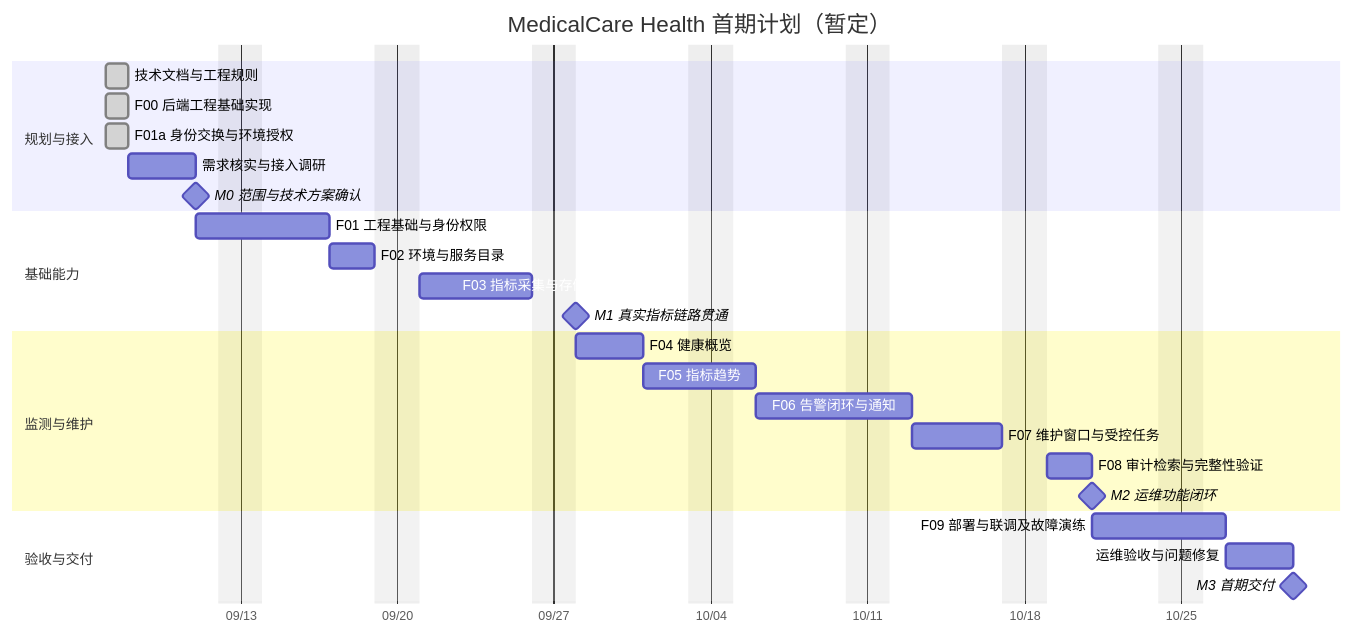
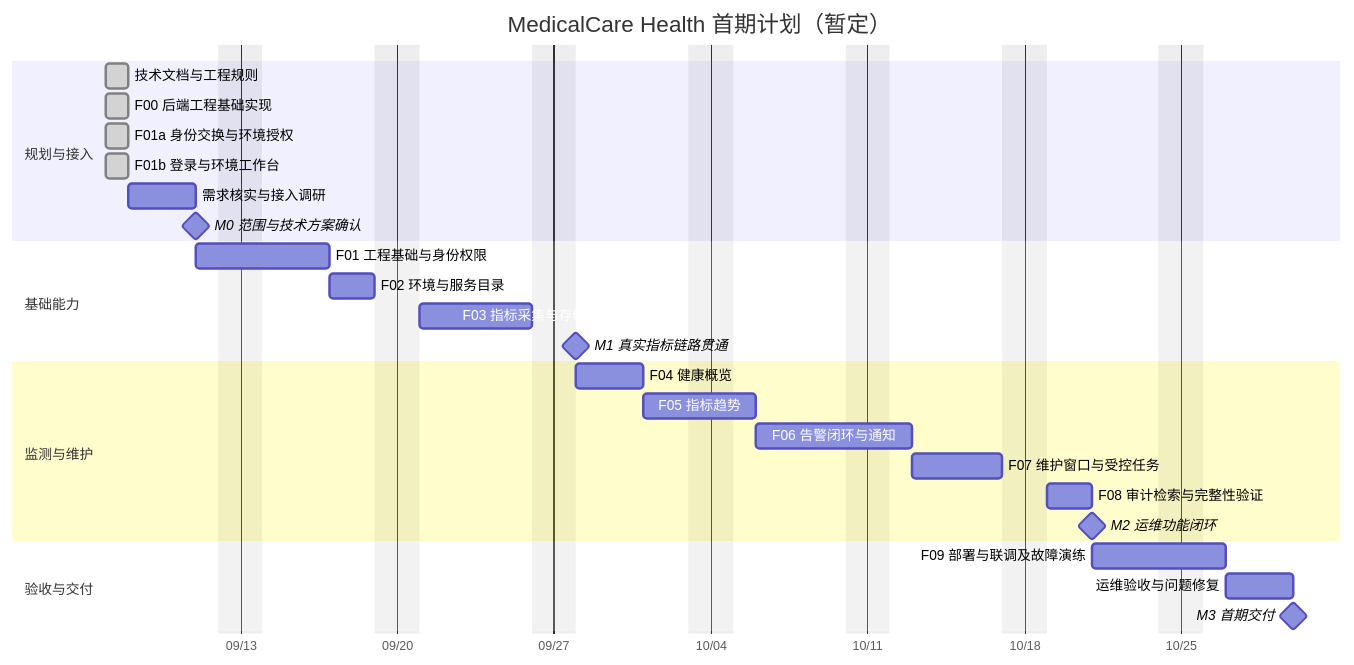
The diagram in docs/project-plan.md (lafie-s/MedicalCare_Health), drawn with Mermaid before and after one commit. The commit also changed other lines of this file and 35 other files, not shown here.

````diff
--- a/docs/project-plan.md
+++ b/docs/project-plan.md
@@ -13,29 +13,30 @@
 ```mermaid
 gantt
     title MedicalCare Health 首期计划（暂定）
     dateFormat YYYY-MM-DD
     axisFormat %m/%d
     excludes weekends
     section 规划与接入
     技术文档与工程规则              :done, docs, 2026-09-07, 1d
     F00 后端工程基础实现           :done, f00, 2026-09-07, 1d
     F01a 身份交换与环境授权        :done, f01a, 2026-09-07, 1d
+    F01b 登录与环境工作台          :done, f01b, 2026-09-07, 1d
     需求核实与接入调研              :a0, 2026-09-08, 3d
     M0 范围与技术方案确认           :milestone, m0, after a0, 0d
     section 基础能力
     F01 工程基础与身份权限          :a1, after m0, 4d
     F02 环境与服务目录              :a2, after a1, 2d
     F03 指标采集与存储接入          :a3, after a2, 5d
     M1 真实指标链路贯通             :milestone, m1, after a3, 0d
     section 监测与维护
     F04 健康概览                   :a4, after m1, 3d
     F05 指标趋势                   :a5, after a4, 3d
     F06 告警闭环与通知              :a6, after a5, 5d
     F07 维护窗口与受控任务          :a7, after a6, 4d
     F08 审计检索与完整性验证        :a8, after a7, 2d
     M2 运维功能闭环                :milestone, m2, after a8, 0d
     section 验收与交付
     F09 部署与联调及故障演练        :a9, after m2, 4d
     运维验收与问题修复              :a10, after a9, 3d
     M3 首期交付                    :milestone, m3, after a10, 0d
 ```
````
